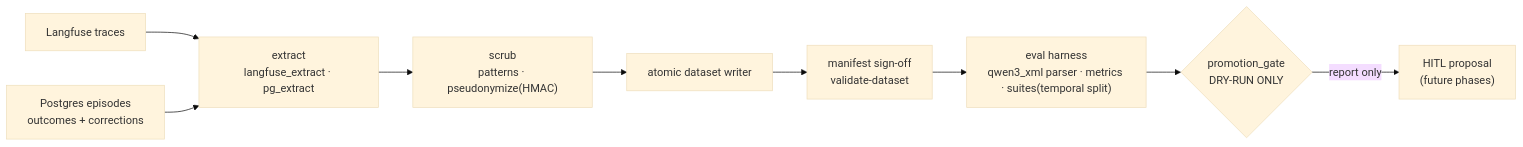
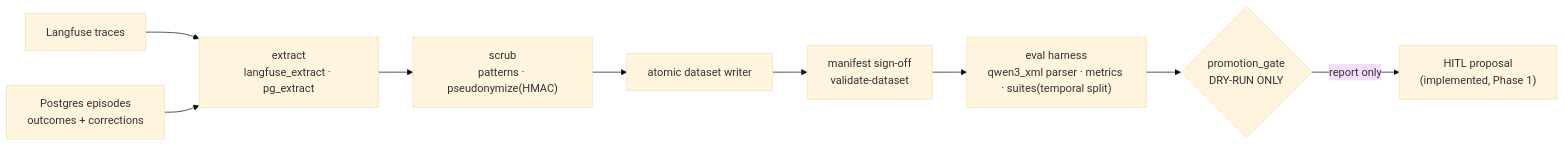
Before and after one commit to x-nch/xnchSystems: the diagram in docs/architecture/training.md, drawn with Mermaid (base theme). The commit also changed other lines of this file, not shown here.

Commit message:
docs: reconcile training.md scope statements with Phase 1 cycle

````diff
--- a/docs/architecture/training.md
+++ b/docs/architecture/training.md
@@ -15,11 +16,11 @@
 ```mermaid
 flowchart LR
     LF["Langfuse traces"] --> EX
     PG["Postgres episodes<br/>outcomes + corrections"] --> EX
     EX["extract<br/>langfuse_extract · pg_extract"] --> SC["scrub<br/>patterns · pseudonymize(HMAC)"]
     SC --> DW["atomic dataset writer"]
     DW --> MF["manifest sign-off<br/>validate-dataset"]
     MF --> EV["eval harness<br/>qwen3_xml parser · metrics · suites(temporal split)"]
     EV --> GATE{"promotion_gate<br/>DRY-RUN ONLY"}
-    GATE -->|"report only"| HITL["HITL proposal<br/>(future phases)"]
+    GATE -->|"report only"| HITL["HITL proposal<br/>(implemented, Phase 1)"]
 ```
````
